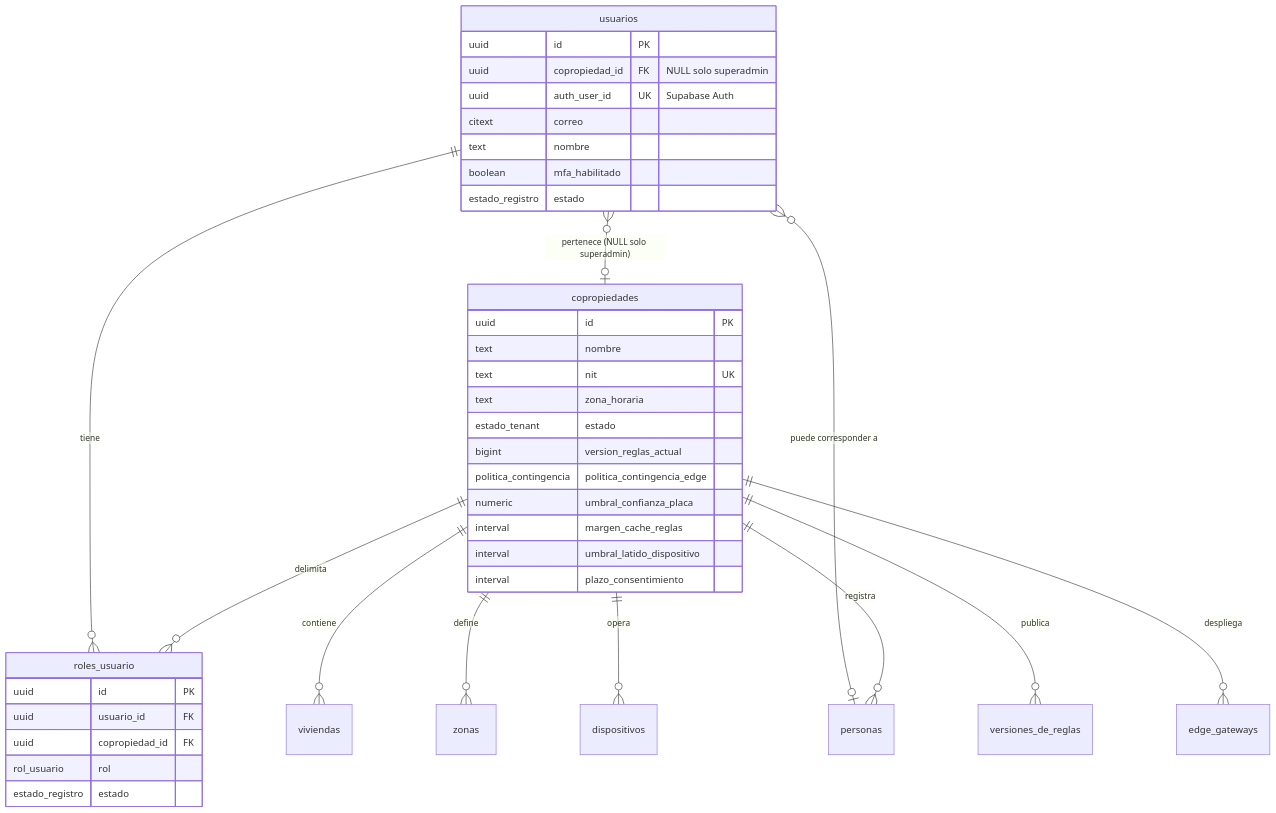
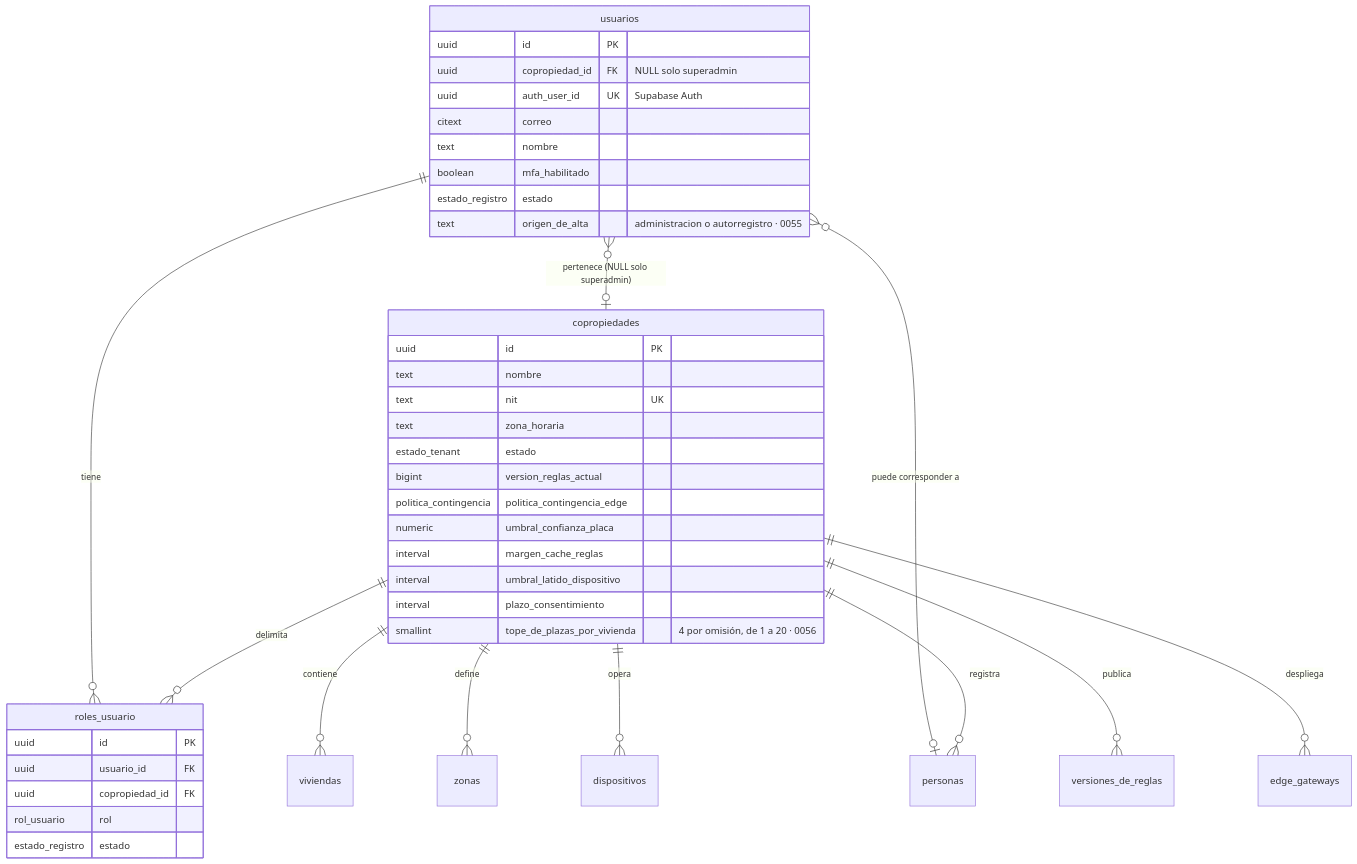
The first of 5 diagrams in docs/arquitectura/modelo-datos.md (4rg3n15/NextResidential), drawn with Mermaid before and after one commit. The commit also changed other lines of this file and 12 other files, not shown here.

````diff
--- a/docs/arquitectura/modelo-datos.md
+++ b/docs/arquitectura/modelo-datos.md
@@ -125,43 +135,45 @@
 ```mermaid
 erDiagram
     copropiedades ||--o{ roles_usuario : "delimita"
     copropiedades ||--o{ viviendas : "contiene"
     copropiedades ||--o{ personas : "registra"
     copropiedades ||--o{ zonas : "define"
     copropiedades ||--o{ dispositivos : "opera"
     copropiedades ||--o{ versiones_de_reglas : "publica"
     copropiedades ||--o{ edge_gateways : "despliega"
     usuarios      ||--o{ roles_usuario : "tiene"
     usuarios      }o--o| copropiedades : "pertenece (NULL solo superadmin)"
     usuarios      }o--o| personas : "puede corresponder a"
 
     copropiedades {
         uuid id PK
         text nombre
         text nit UK
         text zona_horaria
         estado_tenant estado
         bigint version_reglas_actual
         politica_contingencia politica_contingencia_edge
         numeric umbral_confianza_placa
         interval margen_cache_reglas
         interval umbral_latido_dispositivo
         interval plazo_consentimiento
+        smallint tope_de_plazas_por_vivienda "4 por omisión, de 1 a 20 · 0056"
     }
     usuarios {
         uuid id PK
         uuid copropiedad_id FK "NULL solo superadmin"
         uuid auth_user_id UK "Supabase Auth"
         citext correo
         text nombre
         boolean mfa_habilitado
         estado_registro estado
+        text origen_de_alta "administracion o autorregistro · 0055"
     }
     roles_usuario {
         uuid id PK
         uuid usuario_id FK
         uuid copropiedad_id FK
         rol_usuario rol
         estado_registro estado
     }
 ```
````
